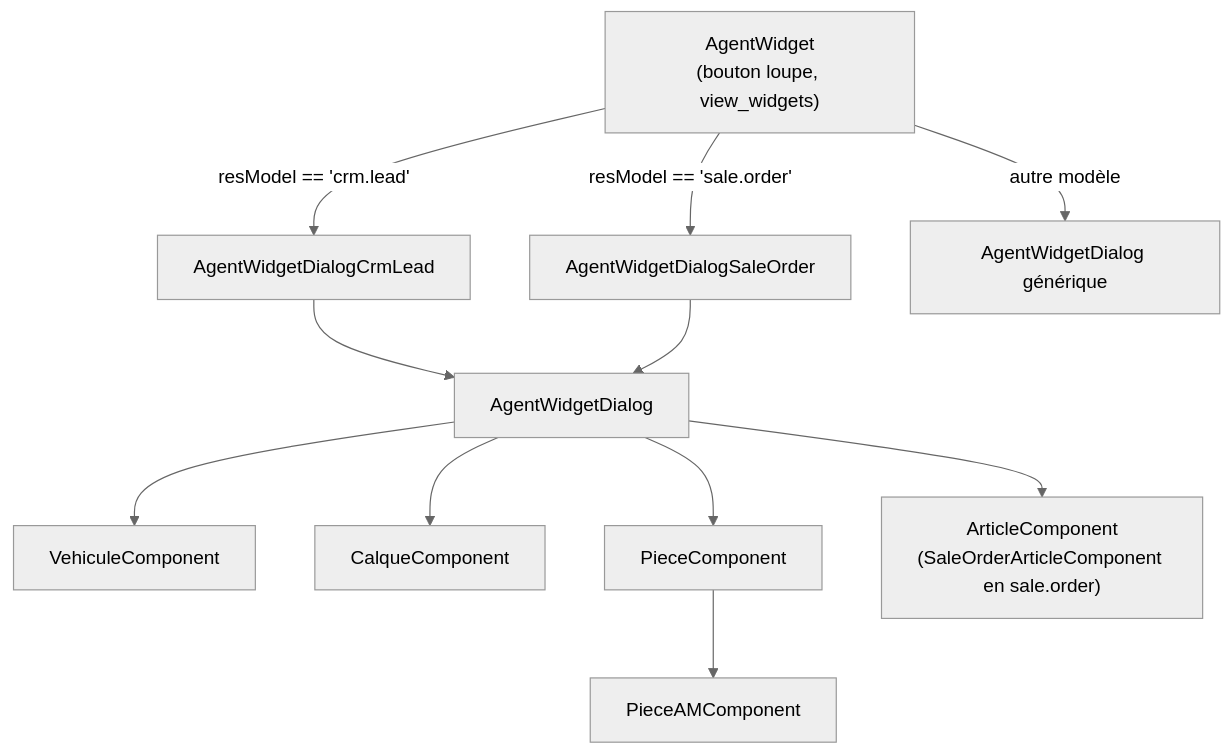
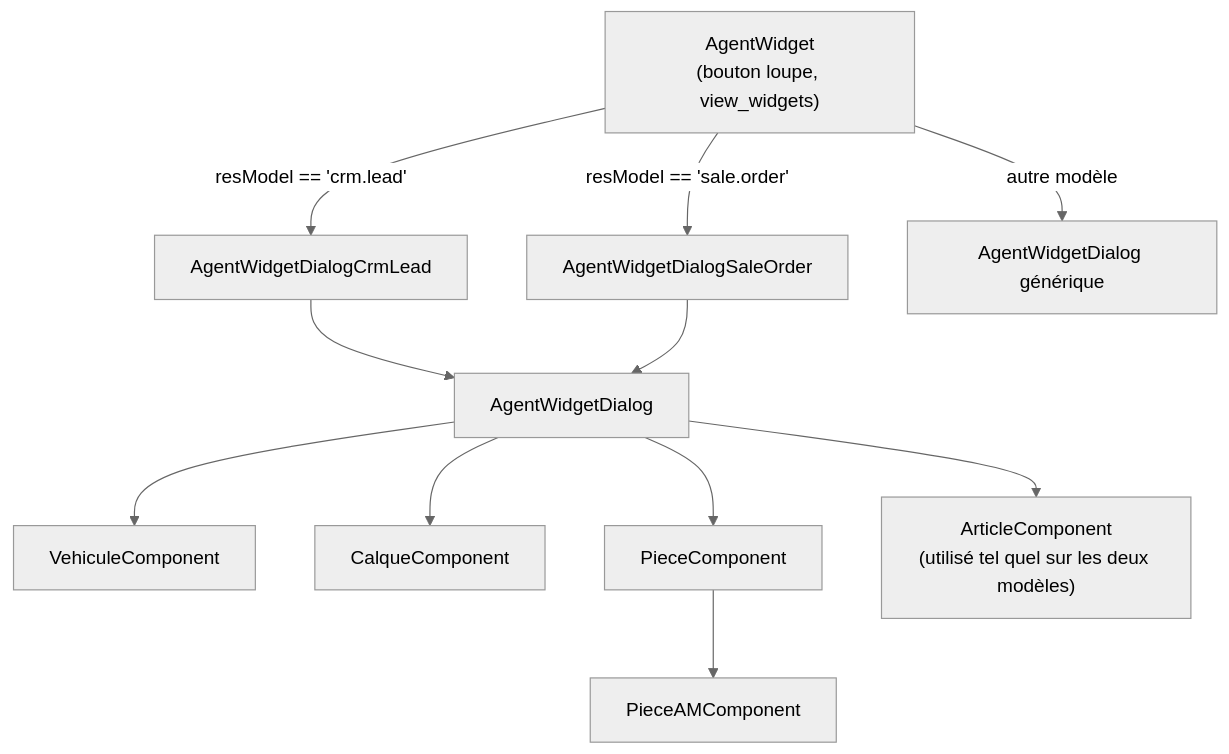
One commit to rpbmSdk/rpbm changed the first of 4 diagrams in rpbm_agent/docs/technique/frontend.md. Above: the diagram before and after it, drawn with Mermaid (neutral theme). The commit also changed other lines of this file and 7 other files, not shown here.

````diff
--- a/rpbm_agent/docs/technique/frontend.md
+++ b/rpbm_agent/docs/technique/frontend.md
@@ -7,13 +7,13 @@
 ```mermaid
 flowchart TD
     AW["AgentWidget<br/>(bouton loupe, view_widgets)"] -->|"resModel == 'crm.lead'"| DCL[AgentWidgetDialogCrmLead]
     AW -->|"resModel == 'sale.order'"| DSO[AgentWidgetDialogSaleOrder]
     AW -->|autre modèle| DG[AgentWidgetDialog générique]
     DCL --> Base[AgentWidgetDialog]
     DSO --> Base
     Base --> VC[VehiculeComponent]
     Base --> CC[CalqueComponent]
     Base --> PC[PieceComponent]
     PC --> PAC[PieceAMComponent]
-    Base --> AC["ArticleComponent<br/>(SaleOrderArticleComponent en sale.order)"]
+    Base --> AC["ArticleComponent<br/>(utilisé tel quel sur les deux modèles)"]
 ```
````
